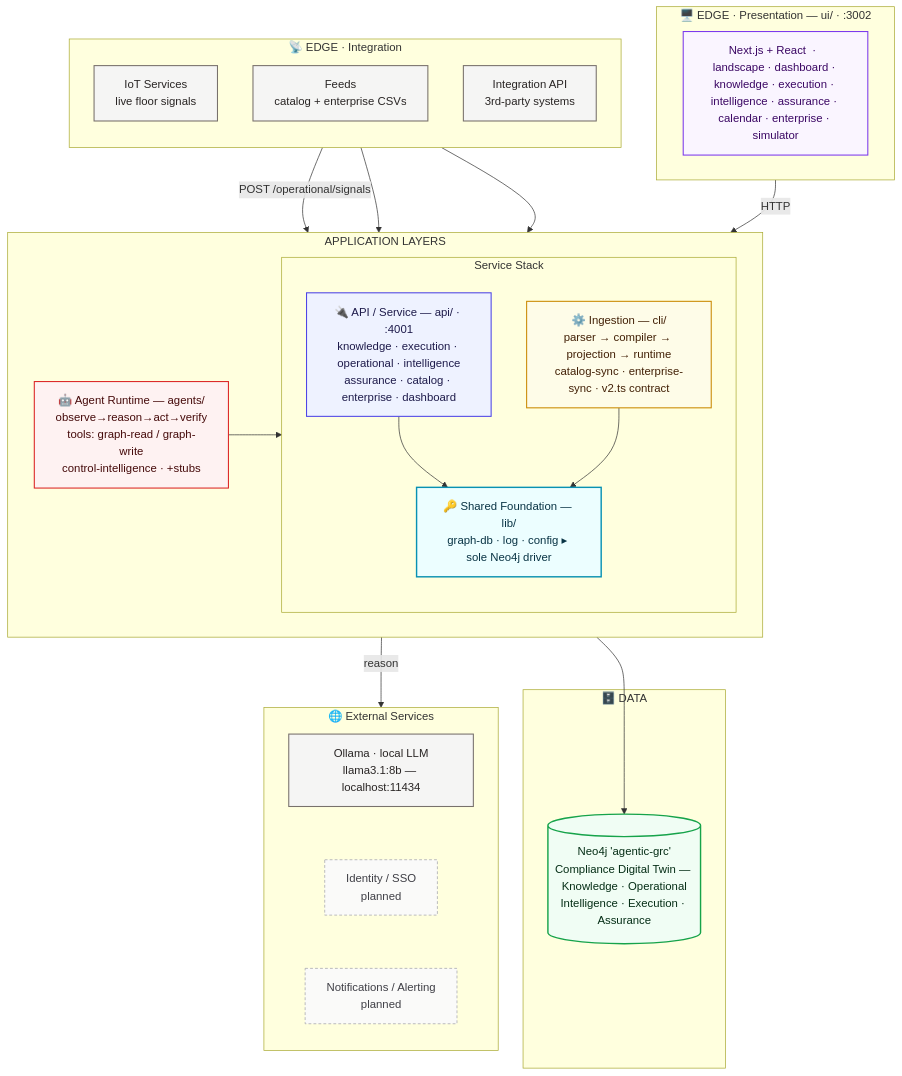
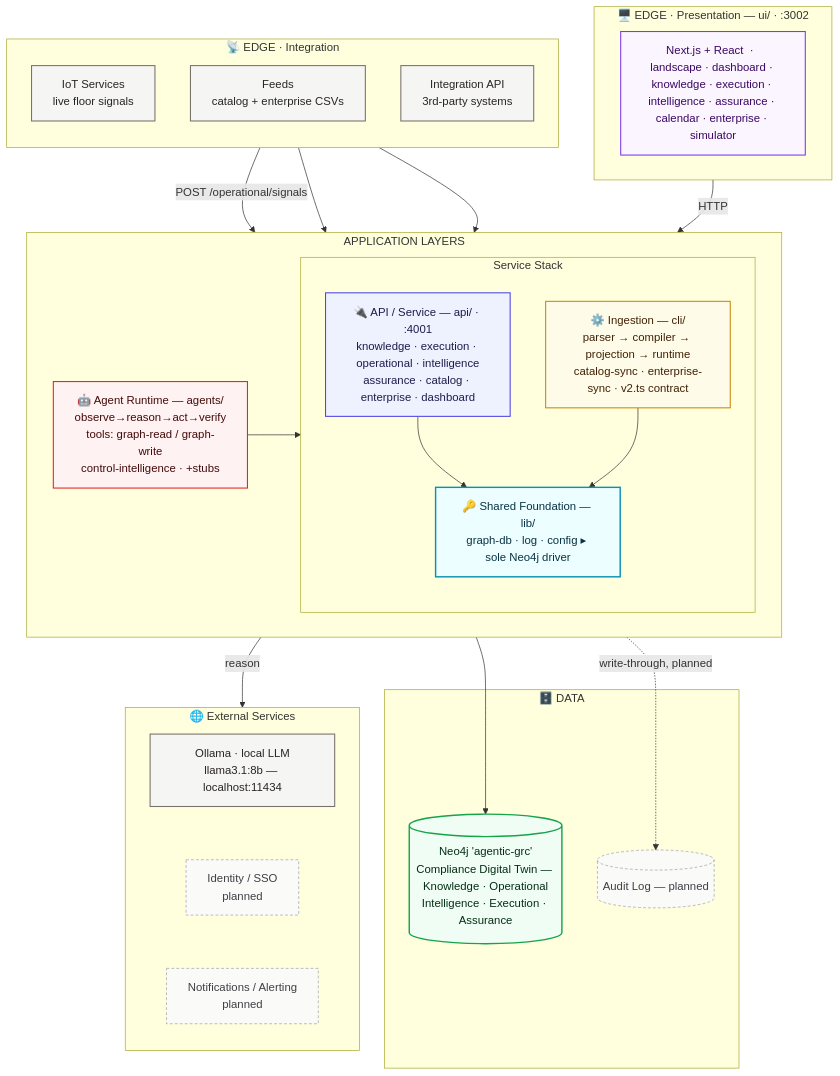
The diagram in .design/vyra-architecture.md (k-consult/vyra-v1), drawn with Mermaid before and after one commit. The commit also changed other lines of this file, not shown here.

First line of the commit message:
Redraw Target Architecture diagrams with diagram-design tokens

````diff
--- a/.design/vyra-architecture.md
+++ b/.design/vyra-architecture.md
@@ -48,69 +48,71 @@
 ```mermaid
 graph TB
     classDef ext     fill:#f5f5f4,stroke:#78716c,color:#292524,stroke-width:1.5px;
     classDef planned fill:#fafaf9,stroke:#a1a1aa,color:#3f3f46,stroke-dasharray:4 3;
     classDef ui      fill:#faf5ff,stroke:#7c3aed,color:#3b0764,stroke-width:1.5px;
     classDef api     fill:#eef2ff,stroke:#4f46e5,color:#1e1b4b,stroke-width:1.5px;
     classDef agent   fill:#fef2f2,stroke:#dc2626,color:#450a0a,stroke-width:1.5px;
     classDef cli     fill:#fefce8,stroke:#ca8a04,color:#422006,stroke-width:1.5px;
     classDef lib     fill:#ecfeff,stroke:#0891b2,color:#083344,stroke-width:2px;
     classDef data    fill:#f0fdf4,stroke:#16a34a,color:#052e16,stroke-width:2px;
 
     %% ═══════ TOP EDGE · presentation (spans left → right) ═══════
     subgraph EDGE_TOP["🖥️ EDGE · Presentation — ui/ · :3002"]
         direction LR
         UI[Next.js + React &nbsp;·&nbsp; landscape · dashboard · knowledge · execution · intelligence · assurance · calendar · enterprise · simulator]:::ui
     end
 
     %% ═══════ LEFT EDGE · integration (top → bottom) ═══════
     subgraph EDGE_LEFT["📡 EDGE · Integration"]
         direction TB
         IOT[IoT Services<br/>live floor signals]:::ext
         FEED[Feeds<br/>catalog + enterprise CSVs]:::ext
         INTG[Integration API<br/>3rd-party systems]:::ext
     end
 
     %% ═══════ CENTER · application layers (core stack + agent on right) ═══════
     subgraph APP["APPLICATION LAYERS"]
         direction LR
         subgraph CORE["Service Stack"]
             direction TB
             API[🔌 API / Service — api/ · :4001<br/>knowledge · execution · operational · intelligence<br/>assurance · catalog · enterprise · dashboard]:::api
             CLI[⚙️ Ingestion — cli/<br/>parser → compiler → projection → runtime<br/>catalog-sync · enterprise-sync · v2.ts contract]:::cli
             LIB[🔑 Shared Foundation — lib/<br/>graph-db · log · config ▸ sole Neo4j driver]:::lib
         end
         AG[🤖 Agent Runtime — agents/<br/>observe→reason→act→verify<br/>tools: graph-read / graph-write<br/>control-intelligence · +stubs]:::agent
     end
 
     subgraph DATA["🗄️ DATA"]
         NEO[(Neo4j 'agentic-grc'<br/>Compliance Digital Twin — Knowledge · Operational<br/>Intelligence · Execution · Assurance)]:::data
+        AUDIT[(Audit Log — planned)]:::planned
     end
 
     %% ═══════ RIGHT · external services (top → bottom) ═══════
     subgraph EXT_SVC["🌐 External Services"]
         direction TB
         OLLAMA[Ollama · local LLM<br/>llama3.1:8b — localhost:11434]:::ext
         SSO[Identity / SSO<br/>planned]:::planned
         NOTIFY[Notifications / Alerting<br/>planned]:::planned
     end
 
     %% presentation edge → app
     UI -->|HTTP| API
 
     %% integration edge → app
     IOT -->|POST /operational/signals| API
     INTG --> API
     FEED --> CLI
 
     %% app + agent → single door → graph
     API --> LIB
     CLI --> LIB
     AG --> LIB
     LIB --> NEO
+    LIB -.->|write-through, planned| AUDIT
 
     %% agent → external services (AG is the rightmost app node, so the block hangs to the right;
     %% invisible links force the three services into a vertical column)
     AG -->|reason| OLLAMA
     OLLAMA ~~~ SSO
     SSO ~~~ NOTIFY
 ```
````
